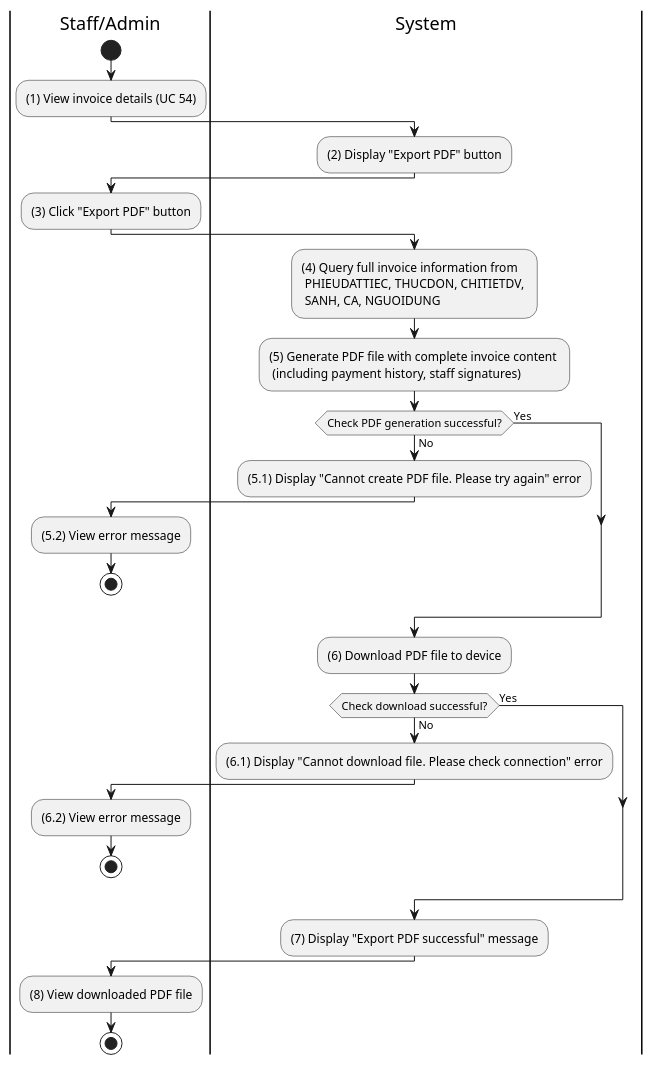
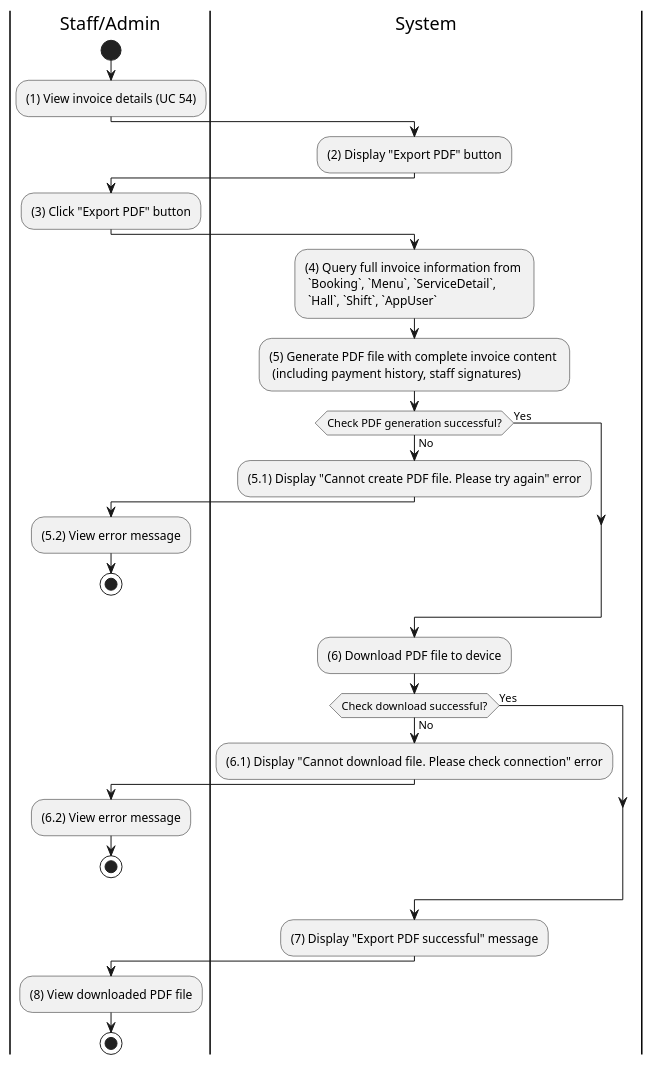
One commit to se113-wm/se113-wm.github.io changed the diagram in docs/docs/activity for wedding management system/manage-invoices/export-any-invoice-to-pdf.md. Above: the diagram before and after it, drawn with PlantUML. The commit also changed 64 other files, not shown here.

````diff
--- a/docs/docs/activity for wedding management system/manage-invoices/export-any-invoice-to-pdf.md
+++ b/docs/docs/activity for wedding management system/manage-invoices/export-any-invoice-to-pdf.md
@@ -3,49 +3,49 @@
 ```plantuml
 @startuml
 |S|Staff/Admin
 |Sys|System
 
 |S|
 start
 
 :(1) View invoice details (UC 54);
 
 |Sys|
 :(2) Display "Export PDF" button;
 
 |S|
 :(3) Click "Export PDF" button;
 
 |Sys|
-:(4) Query full invoice information from \n PHIEUDATTIEC, THUCDON, CHITIETDV, \n SANH, CA, NGUOIDUNG;
+:(4) Query full invoice information from \n `Booking`, `Menu`, `ServiceDetail`, \n `Hall`, `Shift`, `AppUser`;
 :(5) Generate PDF file with complete invoice content \n (including payment history, staff signatures);
 
 if (Check PDF generation successful?) then (No)
 	:(5.1) Display "Cannot create PDF file. Please try again" error;
 	|S|
 	:(5.2) View error message;
 	stop
 else (Yes)
 endif
 
 |Sys|
 :(6) Download PDF file to device;
 
 if (Check download successful?) then (No)
 	:(6.1) Display "Cannot download file. Please check connection" error;
 	|S|
 	:(6.2) View error message;
 	stop
 else (Yes)
 endif
 
 |Sys|
 :(7) Display "Export PDF successful" message;
 
 |S|
 :(8) View downloaded PDF file;
 
 stop
 
 @enduml
 ```
````
